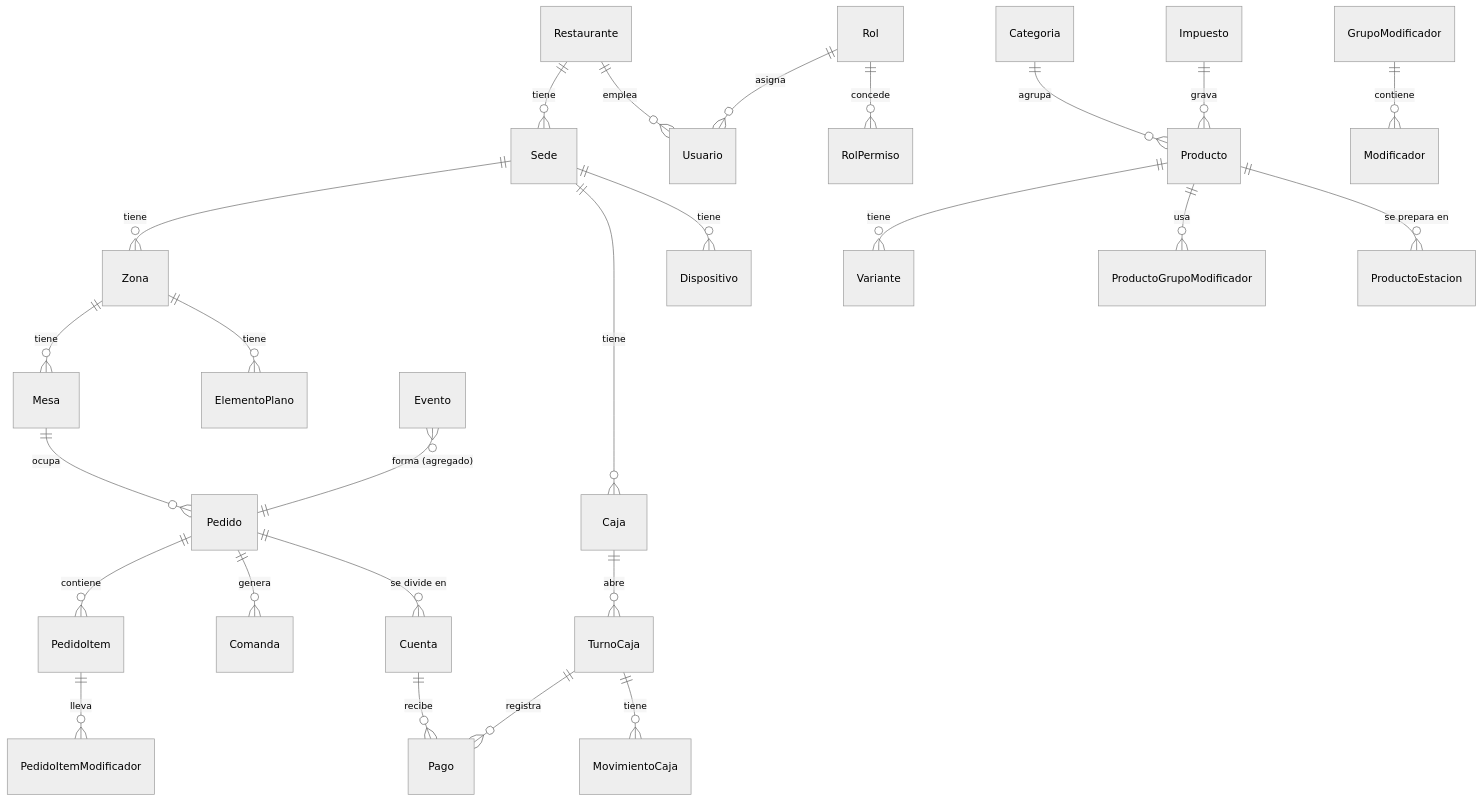
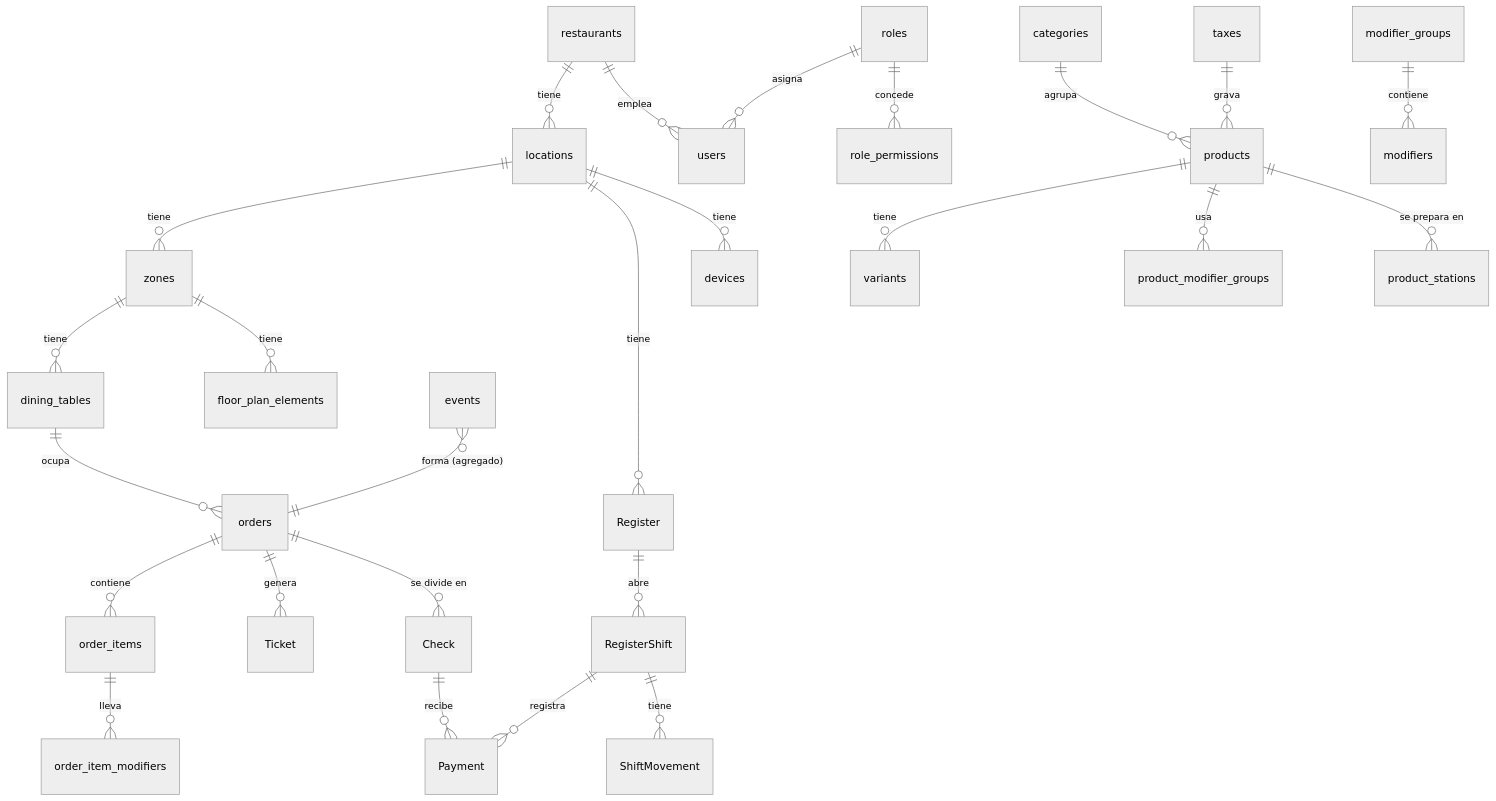
One commit to jyepesr1/restaurant-pos changed the diagram in docs/MODELO_DATOS.md. Above: the diagram before and after it, drawn with Mermaid (neutral theme). The commit also changed other lines of this file and 12 other files, not shown here.

````diff
--- a/docs/MODELO_DATOS.md
+++ b/docs/MODELO_DATOS.md
@@ -51,30 +51,30 @@
 ```mermaid
 erDiagram
-  Restaurante ||--o{ Sede : tiene
-  Sede ||--o{ Zona : tiene
-  Zona ||--o{ Mesa : tiene
-  Zona ||--o{ ElementoPlano : tiene
-  Sede ||--o{ Caja : tiene
-  Sede ||--o{ Dispositivo : tiene
-  Restaurante ||--o{ Usuario : emplea
-  Rol ||--o{ Usuario : asigna
-  Rol ||--o{ RolPermiso : concede
+  restaurants ||--o{ locations : tiene
+  locations ||--o{ zones : tiene
+  zones ||--o{ dining_tables : tiene
+  zones ||--o{ floor_plan_elements : tiene
+  locations ||--o{ Register : tiene
+  locations ||--o{ devices : tiene
+  restaurants ||--o{ users : emplea
+  roles ||--o{ users : asigna
+  roles ||--o{ role_permissions : concede
 
-  Categoria ||--o{ Producto : agrupa
-  Producto ||--o{ Variante : tiene
-  Producto ||--o{ ProductoGrupoModificador : usa
-  GrupoModificador ||--o{ Modificador : contiene
-  Producto ||--o{ ProductoEstacion : "se prepara en"
-  Impuesto ||--o{ Producto : grava
+  categories ||--o{ products : agrupa
+  products ||--o{ variants : tiene
+  products ||--o{ product_modifier_groups : usa
+  modifier_groups ||--o{ modifiers : contiene
+  products ||--o{ product_stations : "se prepara en"
+  taxes ||--o{ products : grava
 
-  Evento }o--|| Pedido : "forma (agregado)"
-  Mesa ||--o{ Pedido : ocupa
-  Pedido ||--o{ PedidoItem : contiene
-  PedidoItem ||--o{ PedidoItemModificador : lleva
-  Pedido ||--o{ Comanda : genera
-  Pedido ||--o{ Cuenta : "se divide en"
-  Cuenta ||--o{ Pago : recibe
-  TurnoCaja ||--o{ Pago : registra
-  Caja ||--o{ TurnoCaja : abre
-  TurnoCaja ||--o{ MovimientoCaja : tiene
+  events }o--|| orders : "forma (agregado)"
+  dining_tables ||--o{ orders : ocupa
+  orders ||--o{ order_items : contiene
+  order_items ||--o{ order_item_modifiers : lleva
+  orders ||--o{ Ticket : genera
+  orders ||--o{ Check : "se divide en"
+  Check ||--o{ Payment : recibe
+  RegisterShift ||--o{ Payment : registra
+  Register ||--o{ RegisterShift : abre
+  RegisterShift ||--o{ ShiftMovement : tiene
 ```
````
